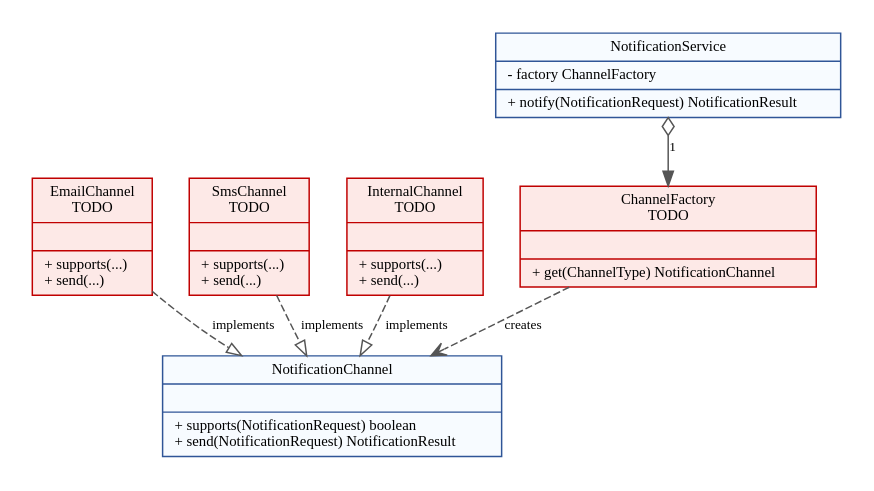
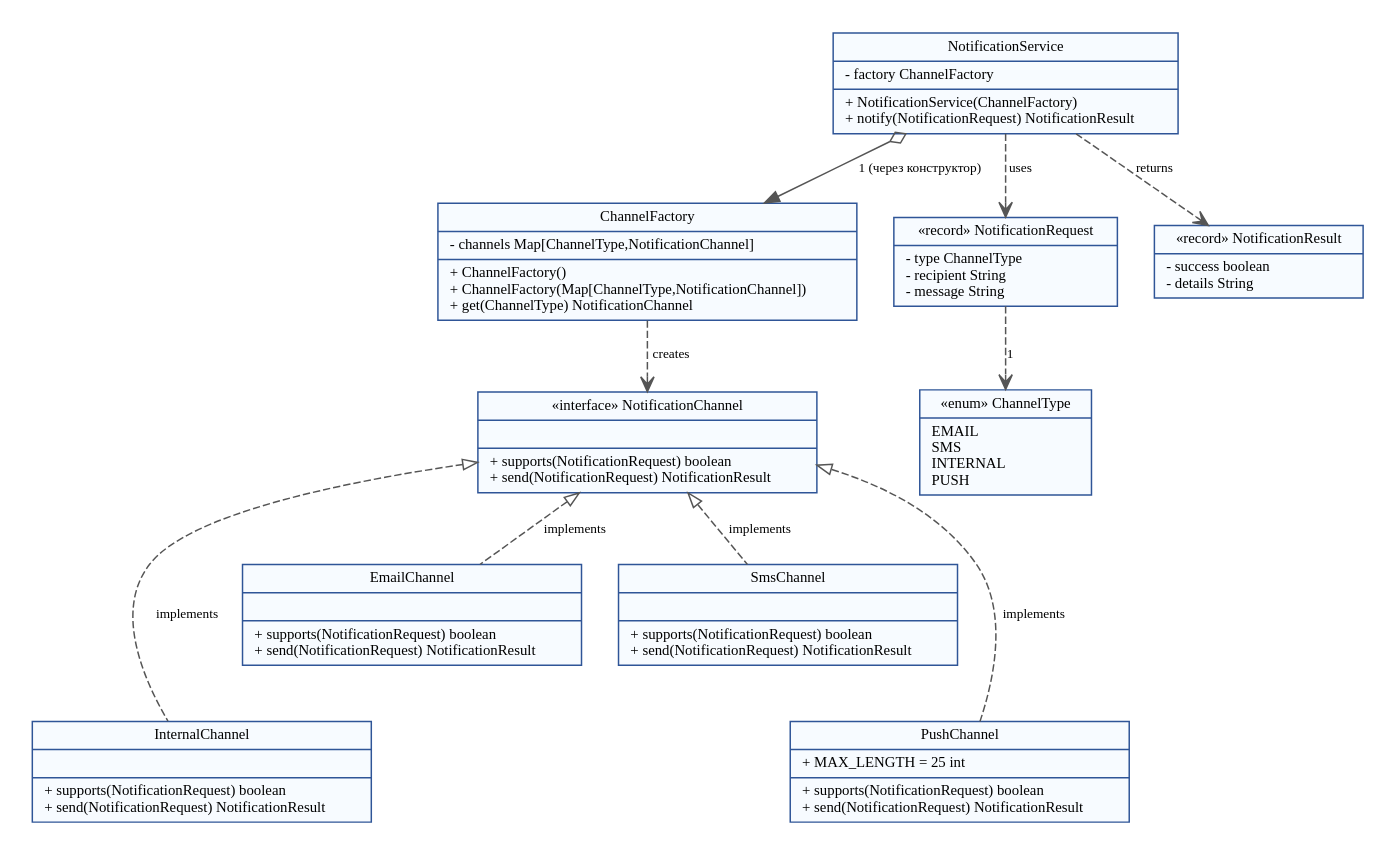
The diagram in diagrams/class.dot (svpeditor/pr15-klimashevskiy-da), drawn with Graphviz before and after one commit. The commit also changed 3 other files, not shown here.

Commit message:
Итоговые activity-диаграмма и диаграмма классов

```diff
--- a/diagrams/class.dot
+++ b/diagrams/class.dot
@@ -1,16 +1,26 @@
 digraph C {
-graph [rankdir=TB, bgcolor="white", pad=0.2, nodesep=0.35, ranksep=0.4];
+graph [rankdir=TB, bgcolor="white", pad=0.2, nodesep=0.35, ranksep=0.5];
 node [shape=record, style="filled", fontname="Times New Roman", fontsize=10, color="#2F5597", fillcolor="#F7FBFF"];
 edge [fontname="Times New Roman", fontsize=9, color="#555555"];
-ch [label="{NotificationChannel||+ supports(NotificationRequest) boolean\l+ send(NotificationRequest) NotificationResult\l}", fillcolor="#F7FBFF", color="#2F5597"];
-em [label="{EmailChannel\nTODO||+ supports(...)\l+ send(...)\l}", fillcolor="#FDE9E7", color="#C00000"];
-sms [label="{SmsChannel\nTODO||+ supports(...)\l+ send(...)\l}", fillcolor="#FDE9E7", color="#C00000"];
-in [label="{InternalChannel\nTODO||+ supports(...)\l+ send(...)\l}", fillcolor="#FDE9E7", color="#C00000"];
-f [label="{ChannelFactory\nTODO||+ get(ChannelType) NotificationChannel\l}", fillcolor="#FDE9E7", color="#C00000"];
-s [label="{NotificationService|- factory ChannelFactory\l|+ notify(NotificationRequest) NotificationResult\l}", fillcolor="#F7FBFF", color="#2F5597"];
-em -> ch [label="implements",arrowhead=empty,style=dashed];
-sms -> ch [label="implements",arrowhead=empty,style=dashed];
-in -> ch [label="implements",arrowhead=empty,style=dashed];
+ch [label="{«interface» NotificationChannel||+ supports(NotificationRequest) boolean\l+ send(NotificationRequest) NotificationResult\l}"];
+em [label="{EmailChannel||+ supports(NotificationRequest) boolean\l+ send(NotificationRequest) NotificationResult\l}"];
+sms [label="{SmsChannel||+ supports(NotificationRequest) boolean\l+ send(NotificationRequest) NotificationResult\l}"];
+in [label="{InternalChannel||+ supports(NotificationRequest) boolean\l+ send(NotificationRequest) NotificationResult\l}"];
+push [label="{PushChannel|+ MAX_LENGTH = 25 int\l|+ supports(NotificationRequest) boolean\l+ send(NotificationRequest) NotificationResult\l}"];
+f [label="{ChannelFactory|- channels Map[ChannelType,NotificationChannel]\l|+ ChannelFactory()\l+ ChannelFactory(Map[ChannelType,NotificationChannel])\l+ get(ChannelType) NotificationChannel\l}"];
+s [label="{NotificationService|- factory ChannelFactory\l|+ NotificationService(ChannelFactory)\l+ notify(NotificationRequest) NotificationResult\l}"];
+rq [label="{«record» NotificationRequest|- type ChannelType\l- recipient String\l- message String\l}"];
+rs [label="{«record» NotificationResult|- success boolean\l- details String\l}"];
+t [label="{«enum» ChannelType|EMAIL\lSMS\lINTERNAL\lPUSH\l}"];
+ch -> em [label="implements",dir=back,arrowtail=empty,arrowhead=none,style=dashed];
+ch -> sms [label="implements",dir=back,arrowtail=empty,arrowhead=none,style=dashed];
+ch -> in [label="implements",dir=back,arrowtail=empty,arrowhead=none,style=dashed];
+ch -> push [label="implements",dir=back,arrowtail=empty,arrowhead=none,style=dashed];
 f -> ch [label="creates",style=dashed,arrowhead=open];
-s -> f [label="1",arrowtail=odiamond,dir=both];
+s -> f [label="1 (через конструктор)",arrowtail=odiamond,dir=both];
+s -> rq [label="uses",style=dashed,arrowhead=open];
+s -> rs [label="returns",style=dashed,arrowhead=open];
+rq -> t [label="1",style=dashed,arrowhead=open];
+em -> in [style=invis];
+sms -> push [style=invis];
 }
```
